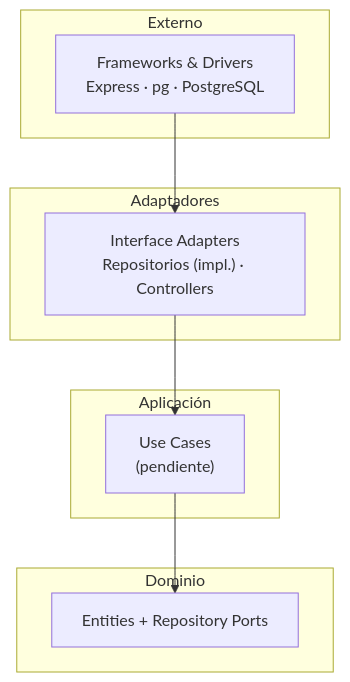
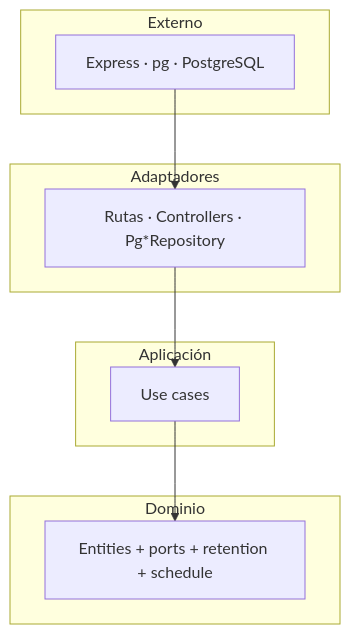
The second of 3 diagrams in docs/ARCHITECTURE.md (undercovered/backend-active-recall), drawn with Mermaid before and after one commit. The commit also changed other lines of this file and 33 other files, not shown here.

````diff
--- a/docs/ARCHITECTURE.md
+++ b/docs/ARCHITECTURE.md
@@ -36,17 +36,16 @@
 ```mermaid
 flowchart TD
     subgraph Externo
-        FW["Frameworks & Drivers<br/>Express · pg · PostgreSQL"]
+        FW["Express · pg · PostgreSQL"]
     end
     subgraph Adaptadores
-        IA["Interface Adapters<br/>Repositorios (impl.) · Controllers"]
+        IA["Rutas · Controllers · Pg*Repository"]
     end
     subgraph Aplicación
-        UC["Use Cases<br/>(pendiente)"]
+        UC["Use cases"]
     end
     subgraph Dominio
-        EN["Entities + Repository Ports"]
+        EN["Entities + ports + retention + schedule"]
     end
-
     FW --> IA --> UC --> EN
 ```
````
